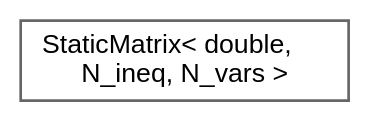
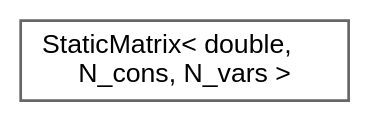
One commit to jswoo0615/Algorithms_for_Optimization_cpp changed the diagram in inherit_graph_65.dot. Above: the diagram before and after it, drawn with Graphviz. The commit also changed 121 other files, not shown here.

```diff
--- a/inherit_graph_65.dot
+++ b/inherit_graph_65.dot
@@ -1,9 +1,9 @@
 digraph "Graphical Class Hierarchy"
 {
  // LATEX_PDF_SIZE
   bgcolor="transparent";
   edge [fontname=Helvetica,fontsize=10,labelfontname=Helvetica,labelfontsize=10];
   node [fontname=Helvetica,fontsize=10,shape=box,height=0.2,width=0.4];
   rankdir="LR";
-  Node0 [id="Node000000",label="StaticMatrix\< double,\l N_ineq, N_vars \>",height=0.2,width=0.4,color="grey40", fillcolor="white", style="filled",URL="$classStaticMatrix.html",tooltip=" "];
+  Node0 [id="Node000000",label="StaticMatrix\< double,\l N_cons, N_vars \>",height=0.2,width=0.4,color="grey40", fillcolor="white", style="filled",URL="$classStaticMatrix.html",tooltip=" "];
 }
```
